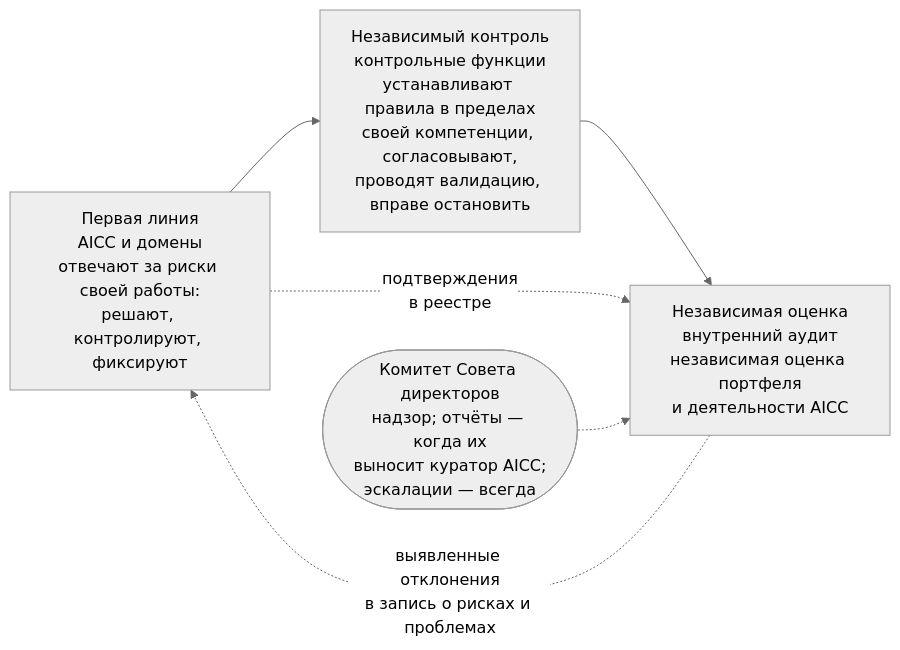
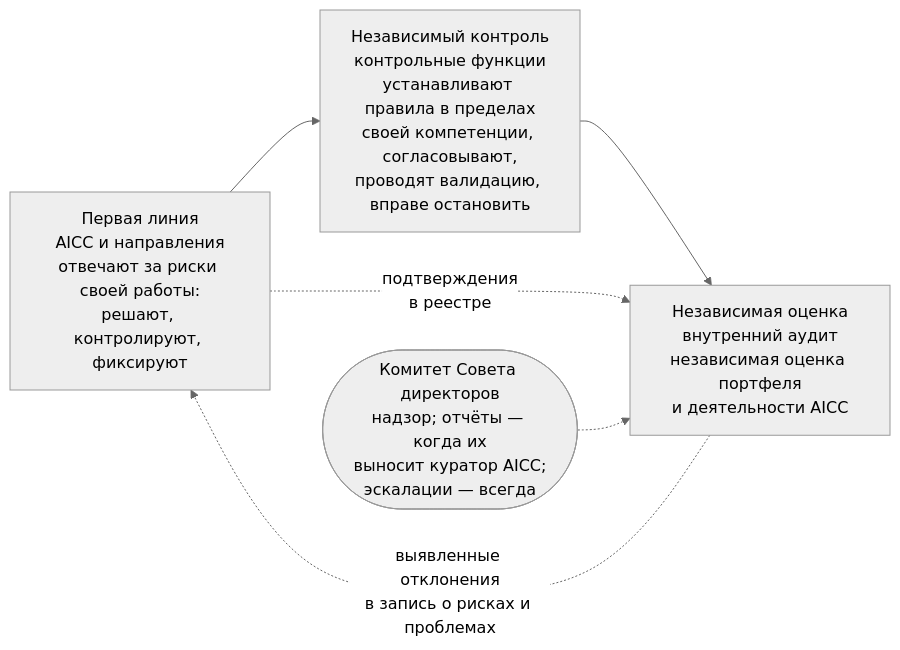
Before and after one commit to devhogu/ob-aicc: the diagram in portal/content/ru/governance/records-evidence-and-assurance.md, drawn with Mermaid (neutral theme). The commit also changed other lines of this file and 290 other files, not shown here.

````diff
--- a/portal/content/ru/governance/records-evidence-and-assurance.md
+++ b/portal/content/ru/governance/records-evidence-and-assurance.md
@@ -31,8 +31,8 @@
 ```mermaid
 flowchart LR
-  L1["Первая линия<br/>AICC и домены<br/>отвечают за риски своей работы:<br/>решают, контролируют, фиксируют"] --> L2["Независимый контроль<br/>контрольные функции<br/>устанавливают правила в пределах<br/>своей компетенции, согласовывают,<br/>проводят валидацию, вправе остановить"]
+  L1["Первая линия<br/>AICC и направления<br/>отвечают за риски своей работы:<br/>решают, контролируют, фиксируют"] --> L2["Независимый контроль<br/>контрольные функции<br/>устанавливают правила в пределах<br/>своей компетенции, согласовывают,<br/>проводят валидацию, вправе остановить"]
   L2 --> L3["Независимая оценка<br/>внутренний аудит<br/>независимая оценка портфеля<br/>и деятельности AICC"]
   L1 -.->|"подтверждения<br/>в реестре"| L3
   L3 -.->|"выявленные отклонения<br/>в запись о рисках и проблемах"| L1
   B(["Комитет Совета директоров<br/>надзор; отчёты — когда их<br/>выносит куратор AICC;<br/>эскалации — всегда"]) -.-> L3
 ```
````
